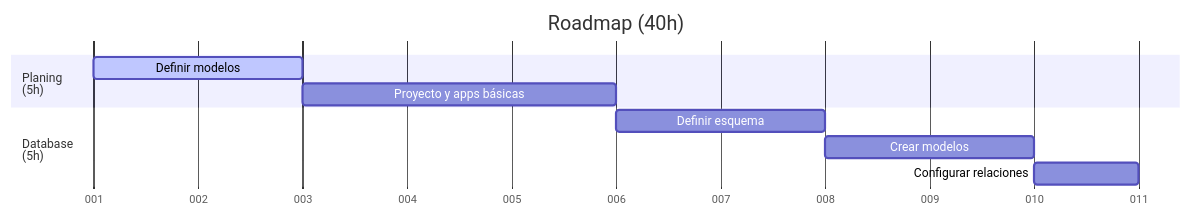
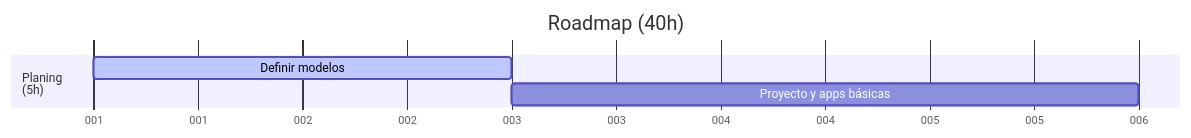
The first of 9 diagrams in .info/roadmap.md (Covija97/BadenTracker), drawn with Mermaid before and after one commit. The commit also changed other lines of this file, not shown here.

Commit message:
Update roadmap.md to enhance Gantt chart sections with date formatting and improve task visualization

````diff
--- a/.info/roadmap.md
+++ b/.info/roadmap.md
@@ -31,15 +31,10 @@
 ```mermaid
 gantt
     title Roadmap (40h)
     dateFormat  DDD
     axisFormat %j
 
     section Planing<br>(5h)
     Definir modelos             :active, 01-01, 2d
     Proyecto y apps básicas     : 01-03, 3d
-
-    section Database<br>(5h)
-    Definir esquema             : 01-06, 2d
-    Crear modelos               : 01-08, 2d
-    Configurar relaciones       : 01-10, 1d
 ```
````
